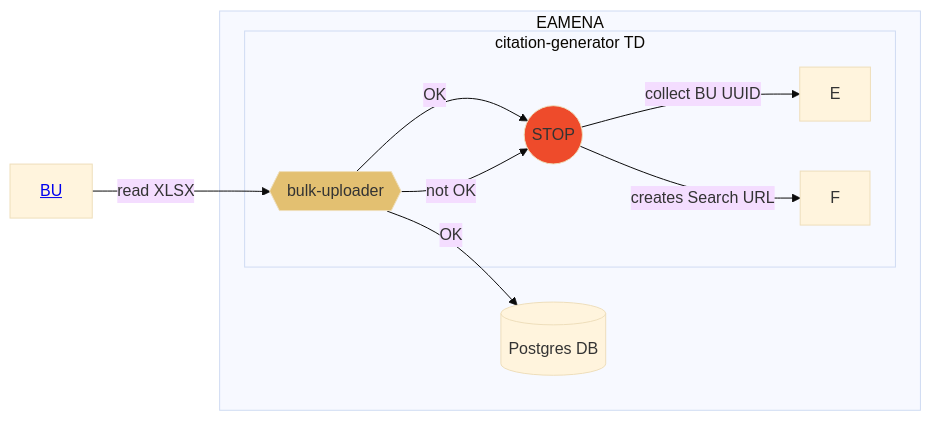
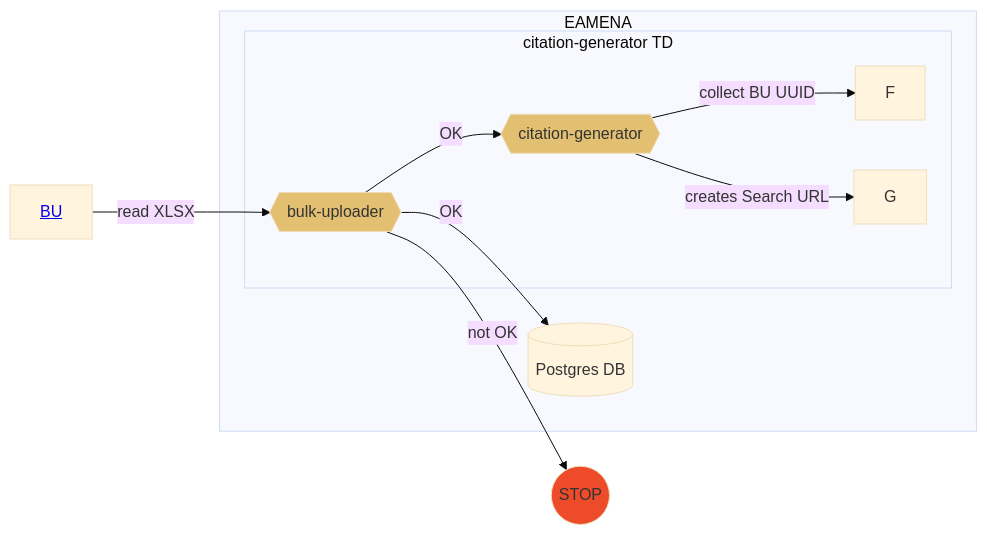
The diagram in data/bibref/README.md (eamena-project/eamena-arches-dev), drawn with Mermaid (base theme) before and after one commit.

Commit message:
citation README

````diff
--- a/data/bibref/README.md
+++ b/data/bibref/README.md
@@ -11,15 +11,15 @@
 ```mermaid
 flowchart LR
 	A[<a href='https://github.com/eamena-project/eamena-arches-dev/blob/main/dbs/database.eamena/docs/notes/Arches%207%20Upgrade.md#splitchunk'>BU</a>] --read XLSX--> B{{bulk-uploader}}:::eamenaFunc;
 	subgraph EAMENA
 	B -- OK --> C[(Postgres DB)];
 		subgraph citation-generator TD
-		B -- OK --> D{{citation-generator}}:::eamenaFunc;
-		D -- collect BU UUID --> E;
-		D -- creates Search URL --> F;
+		B -- OK --> E{{citation-generator}}:::eamenaFunc;
+		E -- collect BU UUID --> F;
+		E -- creates Search URL --> G;
 		end
 	end
 	B -- not OK --> D((STOP)):::stop;
 	classDef eamenaFunc fill:#e3c071;
 	classDef stop fill:#EE4B2B;
 ```
````
